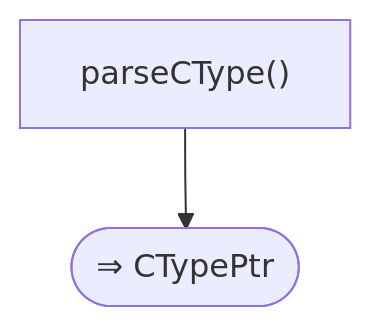
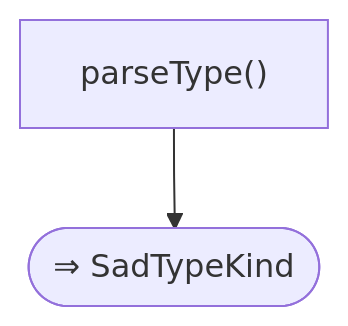
Diagram 42 of 55 in docs/parser_rule/_generated/60_advanced.md (sadlang/sadlang), drawn with Mermaid before and after one commit. The commit also changed other lines of this file and 33 other files, not shown here.

````diff
--- a/docs/parser_rule/_generated/60_advanced.md
+++ b/docs/parser_rule/_generated/60_advanced.md
@@ -1401,6 +1401,6 @@
 ```mermaid
 flowchart TD
-  f1["parseCType()"]
-  f2(["⇒ CTypePtr"])
+  f1["parseType()"]
+  f2(["⇒ SadTypeKind"])
   f1 --> f2
 ```
````
